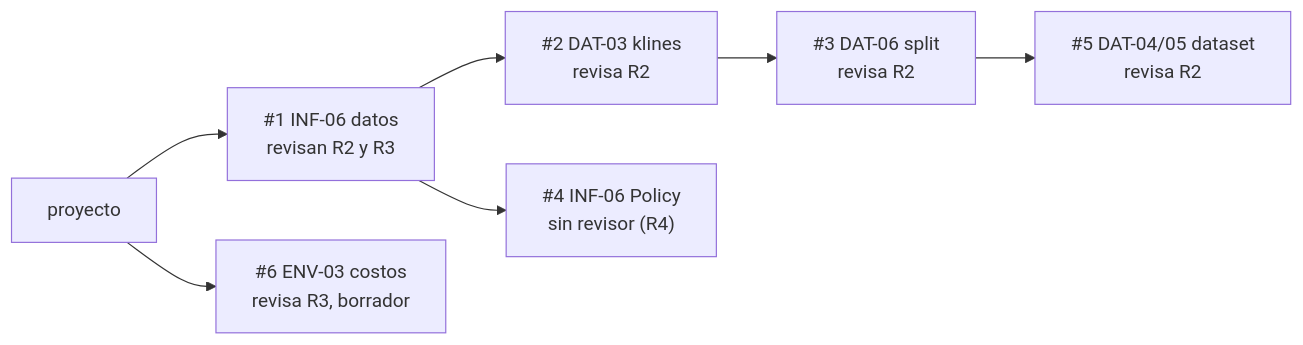
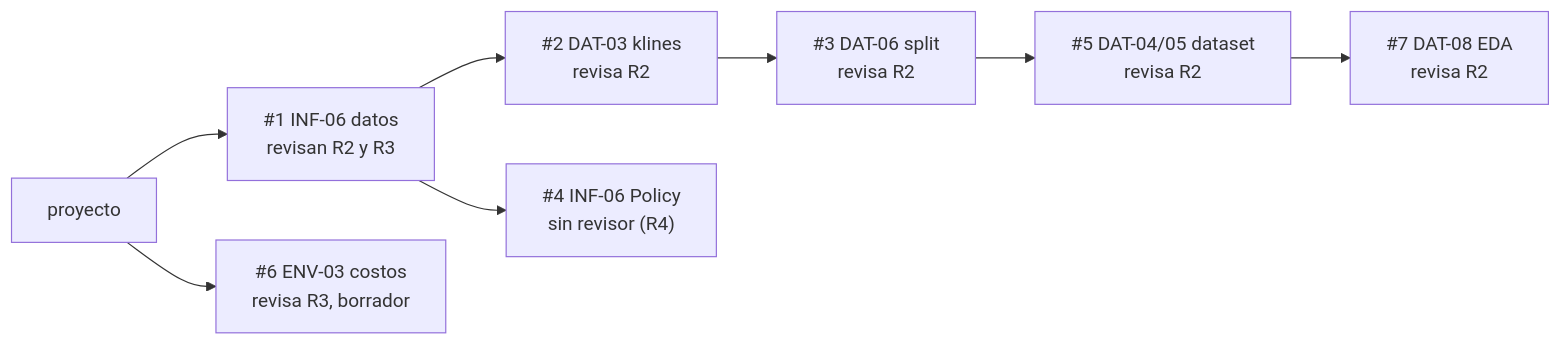
One commit to donmatthiuz/RL changed the first of 3 diagrams in docs/04_tareas.md. Above: the diagram before and after it, drawn with Mermaid. The commit also changed other lines of this file and 15 other files, not shown here.

````diff
--- a/docs/04_tareas.md
+++ b/docs/04_tareas.md
@@ -27,7 +27,8 @@
 ```mermaid
 flowchart LR
     P["proyecto"] --> PR1["#1 INF-06 datos<br/>revisan R2 y R3"]
     PR1 --> PR2["#2 DAT-03 klines<br/>revisa R2"] --> PR3["#3 DAT-06 split<br/>revisa R2"] --> PR5["#5 DAT-04/05 dataset<br/>revisa R2"]
     PR1 --> PR4["#4 INF-06 Policy<br/>sin revisor (R4)"]
     P --> PR6["#6 ENV-03 costos<br/>revisa R3, borrador"]
+    PR5 --> PR7["#7 DAT-08 EDA<br/>revisa R2"]
 ```
````
